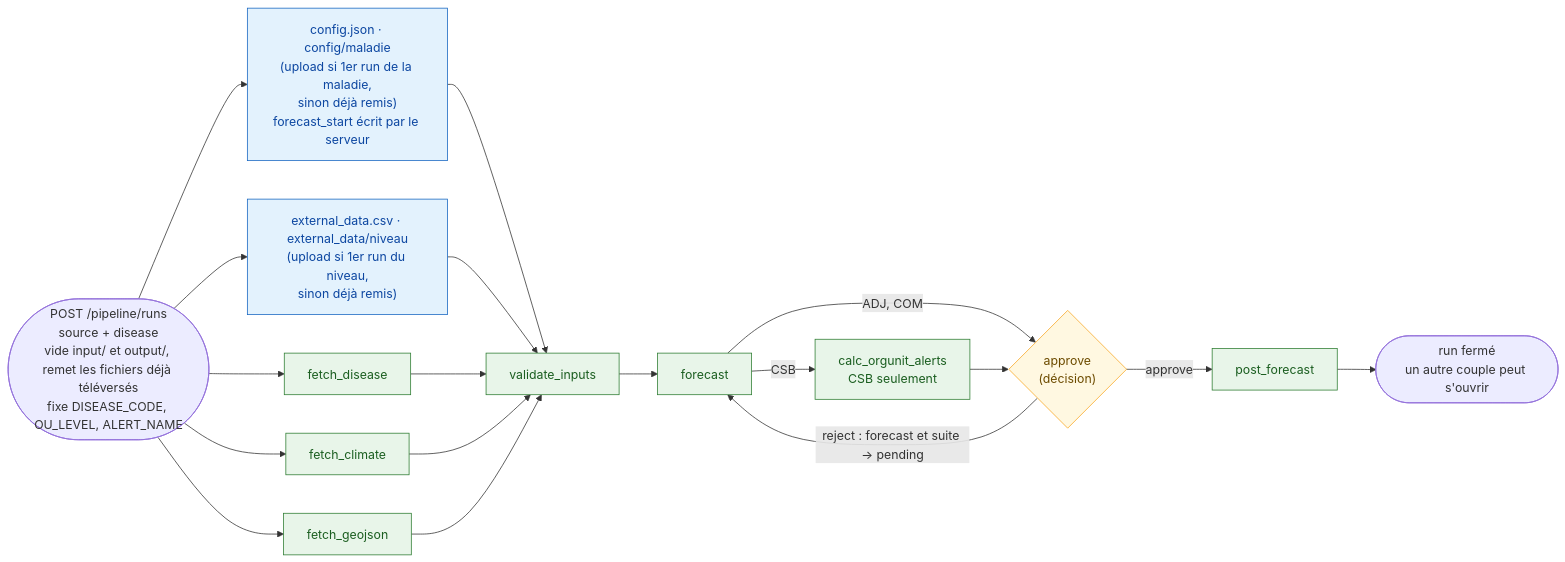
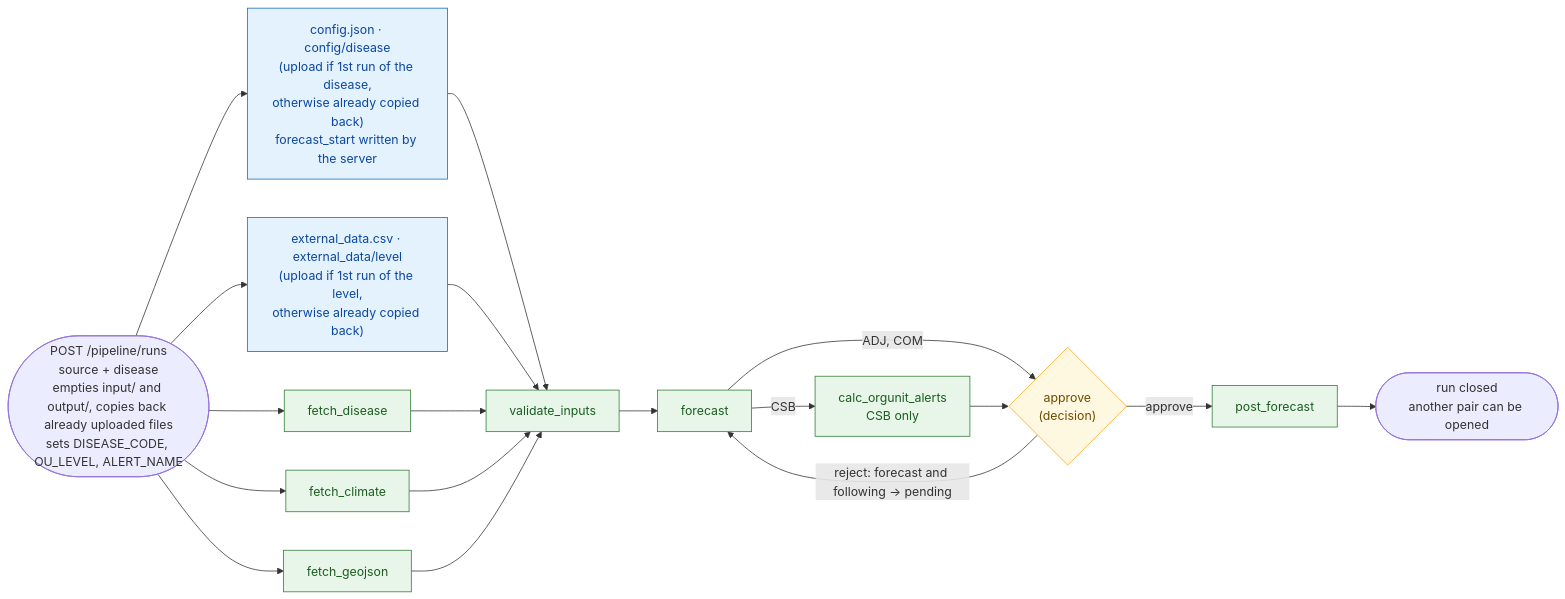
One commit to Pivot-Madagascar/pridec-docker changed the second of 8 diagrams in etlhub/docs/pipeline-checkpoints-diagrams.md. Above: the diagram before and after it, drawn with Mermaid. The commit also changed other lines of this file and 4 other files, not shown here.

````diff
--- a/etlhub/docs/pipeline-checkpoints-diagrams.md
+++ b/etlhub/docs/pipeline-checkpoints-diagrams.md
@@ -146,35 +148,35 @@
 ```mermaid
 flowchart LR
-    OPEN(["POST /pipeline/runs<br/>source + disease<br/>vide input/ et output/, remet les fichiers déjà téléversés<br/>fixe DISEASE_CODE, OU_LEVEL, ALERT_NAME"])
+    OPEN(["POST /pipeline/runs<br/>source + disease<br/>empties input/ and output/, copies back already uploaded files<br/>sets DISEASE_CODE, OU_LEVEL, ALERT_NAME"])
 
-    cfg["config.json · config/maladie<br/>(upload si 1er run de la maladie,<br/>sinon déjà remis)<br/>forecast_start écrit par le serveur"]
-    ext["external_data.csv · external_data/niveau<br/>(upload si 1er run du niveau,<br/>sinon déjà remis)"]
+    cfg["config.json · config/disease<br/>(upload if 1st run of the disease,<br/>otherwise already copied back)<br/>forecast_start written by the server"]
+    ext["external_data.csv · external_data/level<br/>(upload if 1st run of the level,<br/>otherwise already copied back)"]
     fd["fetch_disease"]
     fc["fetch_climate"]
     fg["fetch_geojson"]
     val["validate_inputs"]
     fct["forecast"]
-    coa["calc_orgunit_alerts<br/>CSB seulement"]
-    apr{"approve<br/>(décision)"}
+    coa["calc_orgunit_alerts<br/>CSB only"]
+    apr{"approve<br/>(decision)"}
     post["post_forecast"]
-    CLOSE(["run fermé<br/>un autre couple peut s'ouvrir"])
+    CLOSE(["run closed<br/>another pair can be opened"])
 
     OPEN --> cfg & ext & fd & fc & fg
     cfg --> val
     ext --> val
     fd --> val
     fc --> val
     fg --> val
     val --> fct
     fct -->|"ADJ, COM"| apr
     fct -->|"CSB"| coa --> apr
     apr -->|"approve"| post --> CLOSE
-    apr -->|"reject : forecast et suite → pending"| fct
+    apr -->|"reject: forecast and following → pending"| fct
 
     classDef item fill:#e8f5e9,stroke:#2e7d32,color:#1b5e20
     classDef upload fill:#e3f2fd,stroke:#1565c0,color:#0d47a1
     classDef human fill:#fff8e1,stroke:#f9a825,color:#6d4c00
     class fd,fc,fg,val,fct,coa,post item
     class cfg,ext upload
     class apr human
 ```
````
